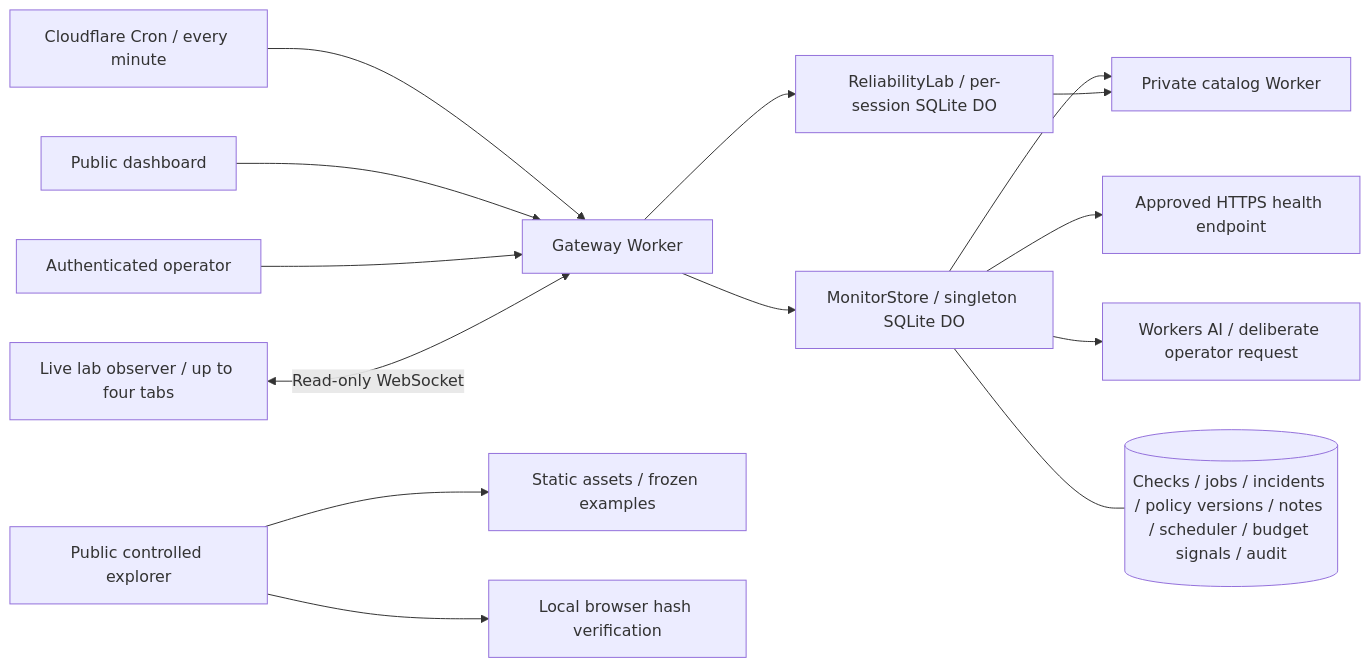
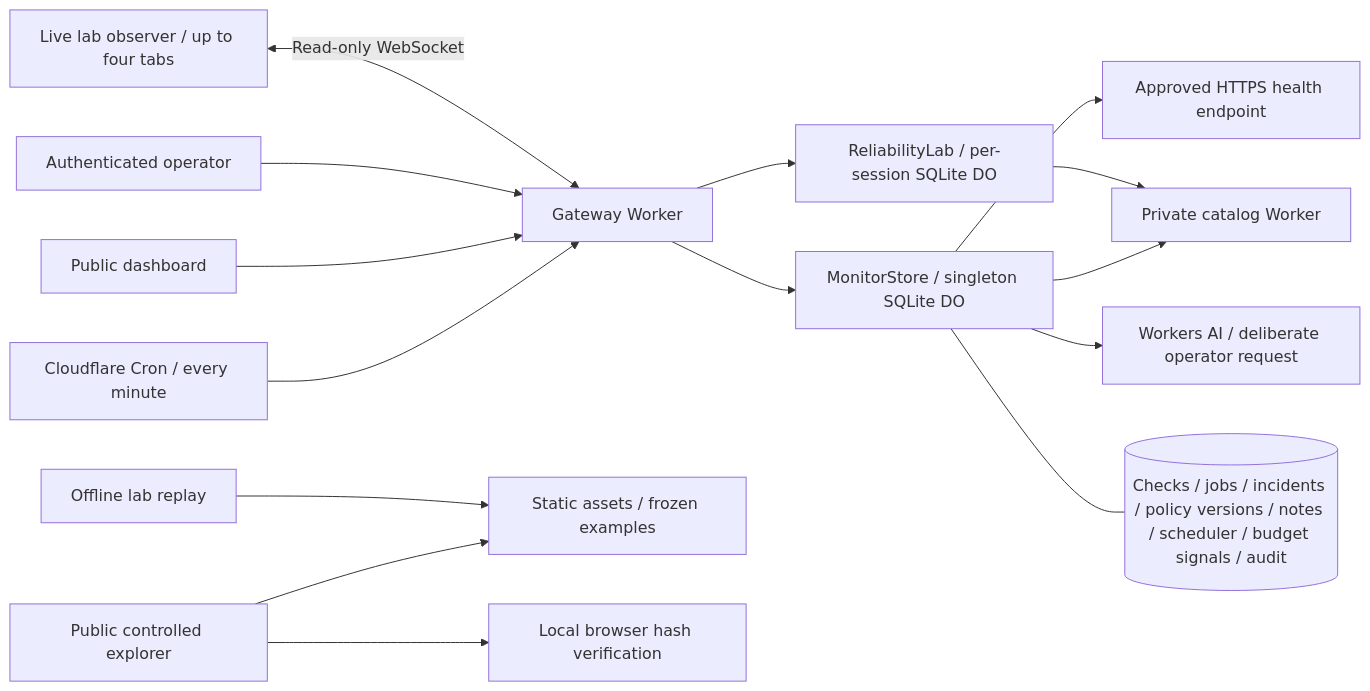
The diagram in README.md (HenryWashuHe/edgelab), drawn with Mermaid before and after one commit. The commit also changed other lines of this file and 25 other files, not shown here.

Commit message:
Add bounded observer recordings and offline replay

````diff
--- a/README.md
+++ b/README.md
@@ -54,16 +57,17 @@
 ```mermaid
 flowchart LR
   C[Cloudflare Cron / every minute] --> G[Gateway Worker]
   B[Public dashboard] --> G
   A[Authenticated operator] --> G
   G --> M[MonitorStore / singleton SQLite DO]
   M --> P[Private catalog Worker]
   M --> H[Approved HTTPS health endpoint]
   M --> AI[Workers AI / deliberate operator request]
   M --- S[(Checks / jobs / incidents / policy versions / notes / scheduler / budget signals / audit)]
   E[Public controlled explorer] --> F[Static assets / frozen examples]
   E --> V[Local browser hash verification]
+  R[Offline lab replay] --> F
   G --> L[ReliabilityLab / per-session SQLite DO]
   O[Live lab observer / up to four tabs] <-->|Read-only WebSocket| G
   L --> P
 ```
````
